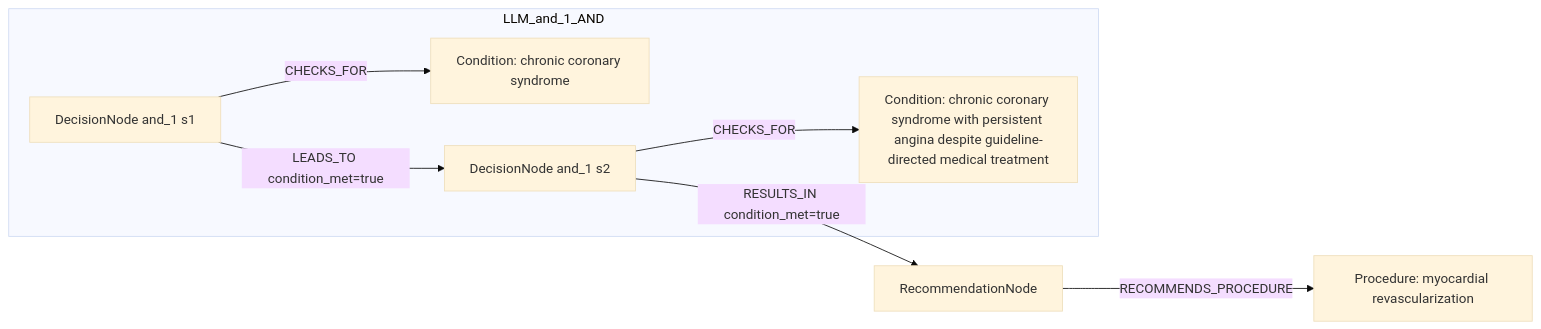
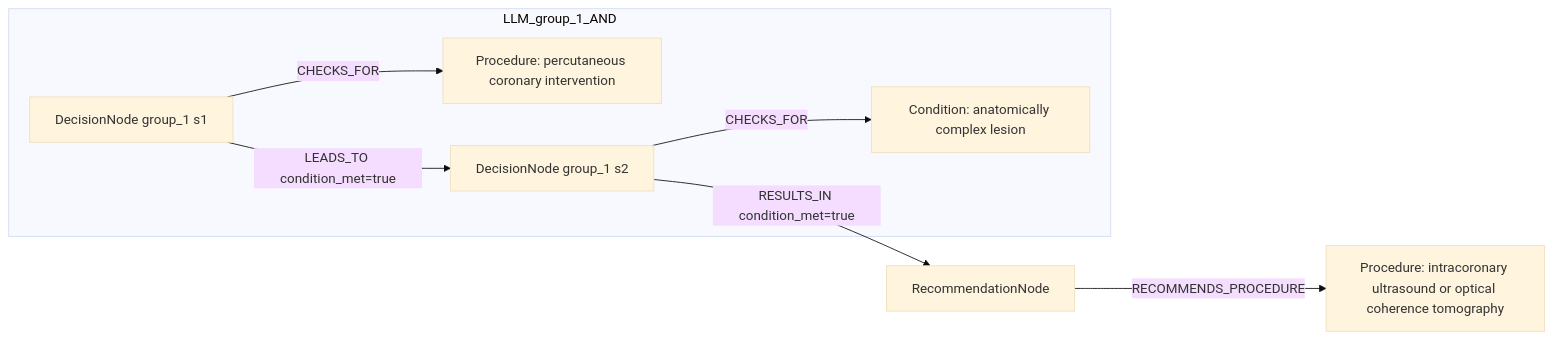
One commit to dieterich-lab/CardioGuidelinesGraph changed the second of 2 diagrams in docs/table22_rows_comparison/row_16.md. Above: the diagram before and after it, drawn with Mermaid (base theme). The commit also changed other lines of this file and 20 other files, not shown here.

````diff
--- a/docs/table22_rows_comparison/row_16.md
+++ b/docs/table22_rows_comparison/row_16.md
@@ -299,16 +381,16 @@
 ```mermaid
 graph LR
   REC[RecommendationNode]
-  ACT1[Procedure: myocardial revascularization]
+  ACT1[Procedure: intracoronary ultrasound or optical coherence tomography]
   REC -->|RECOMMENDS_PROCEDURE| ACT1
-  subgraph LLM_and_1_AND
-    D_and_1_1[DecisionNode and_1 s1]
-    C_and_1_1[Condition: chronic coronary syndrome]
-    D_and_1_1 -->|CHECKS_FOR| C_and_1_1
-    D_and_1_2[DecisionNode and_1 s2]
-    C_and_1_2[Condition: chronic coronary syndrome with persistent angina despite guideline-directed medical treatment]
-    D_and_1_2 -->|CHECKS_FOR| C_and_1_2
-    D_and_1_1 -->|LEADS_TO condition_met=true| D_and_1_2
+  subgraph LLM_group_1_AND
+    D_group_1_1[DecisionNode group_1 s1]
+    C_group_1_1[Procedure: percutaneous coronary intervention]
+    D_group_1_1 -->|CHECKS_FOR| C_group_1_1
+    D_group_1_2[DecisionNode group_1 s2]
+    C_group_1_2[Condition: anatomically complex lesion]
+    D_group_1_2 -->|CHECKS_FOR| C_group_1_2
+    D_group_1_1 -->|LEADS_TO condition_met=true| D_group_1_2
   end
-  D_and_1_2 -->|RESULTS_IN condition_met=true| REC
+  D_group_1_2 -->|RESULTS_IN condition_met=true| REC
 ```
````
